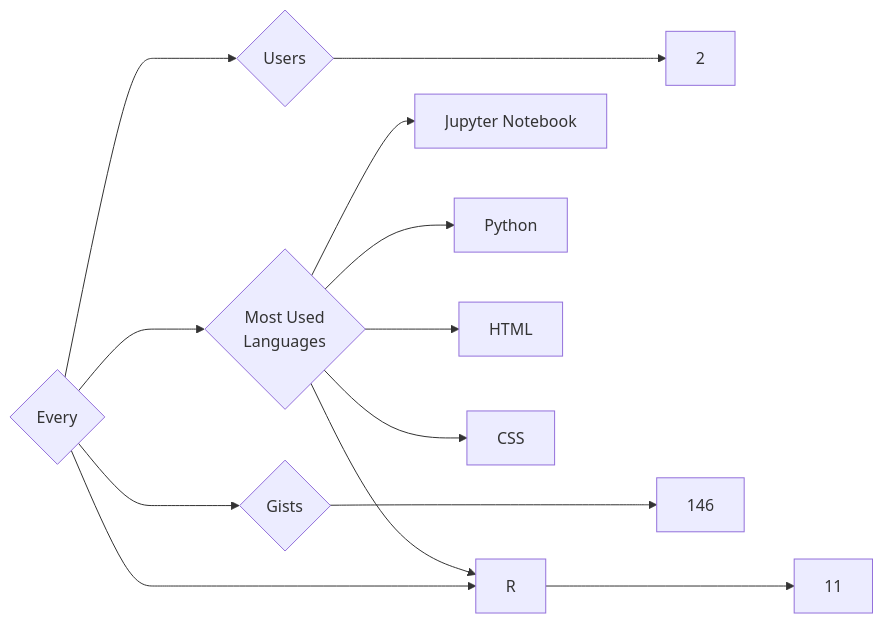
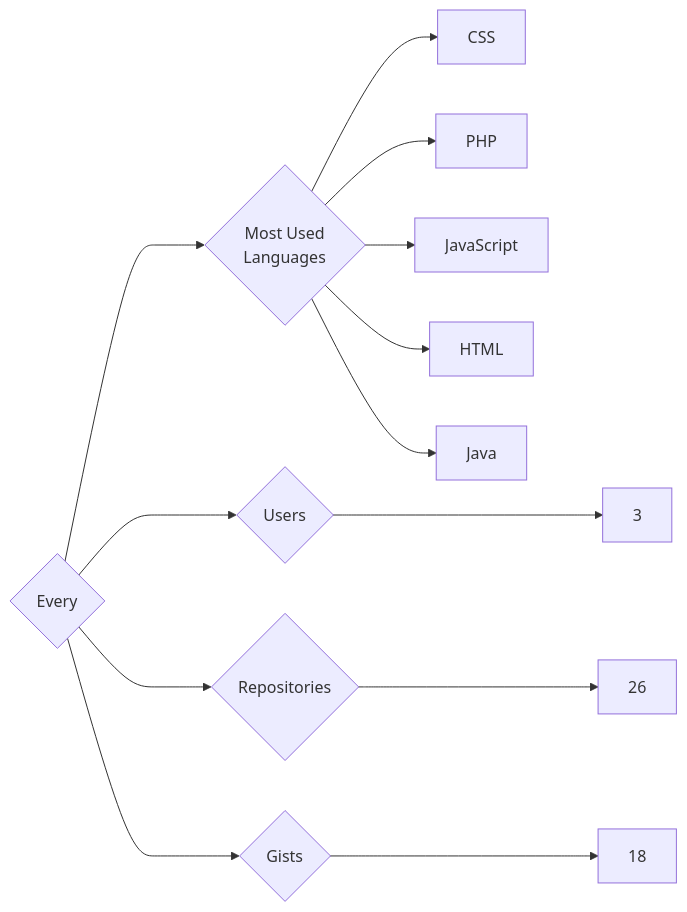
The diagram in targets/Every/README.md (trickest/insiders), drawn with Mermaid before and after one commit. The commit also changed 1141 other files, not shown here.

````diff
--- a/targets/Every/README.md
+++ b/targets/Every/README.md
@@ -3,13 +3,13 @@
 ```mermaid
 graph LR
 COMPANY_NAME{Every}
-COMPANY_NAME ---> U{Users} ---> UN[2]
-COMPANY_NAME ---> R{Repositories} ---> RN[11]
-COMPANY_NAME ---> G{Gists} ---> GN[146]
+COMPANY_NAME ---> U{Users} ---> UN[3]
+COMPANY_NAME ---> R{Repositories} ---> RN[26]
+COMPANY_NAME ---> G{Gists} ---> GN[18]
 COMPANY_NAME ---> ML{Most Used<br>Languages}
-ML --> Jupyter_Notebook[Jupyter Notebook]
-ML --> R[R]
-ML --> Python[Python]
+ML --> CSS[CSS]
+ML --> PHP[PHP]
+ML --> JavaScript[JavaScript]
 ML --> HTML[HTML]
-ML --> CSS[CSS]
+ML --> Java[Java]
 ```
````
